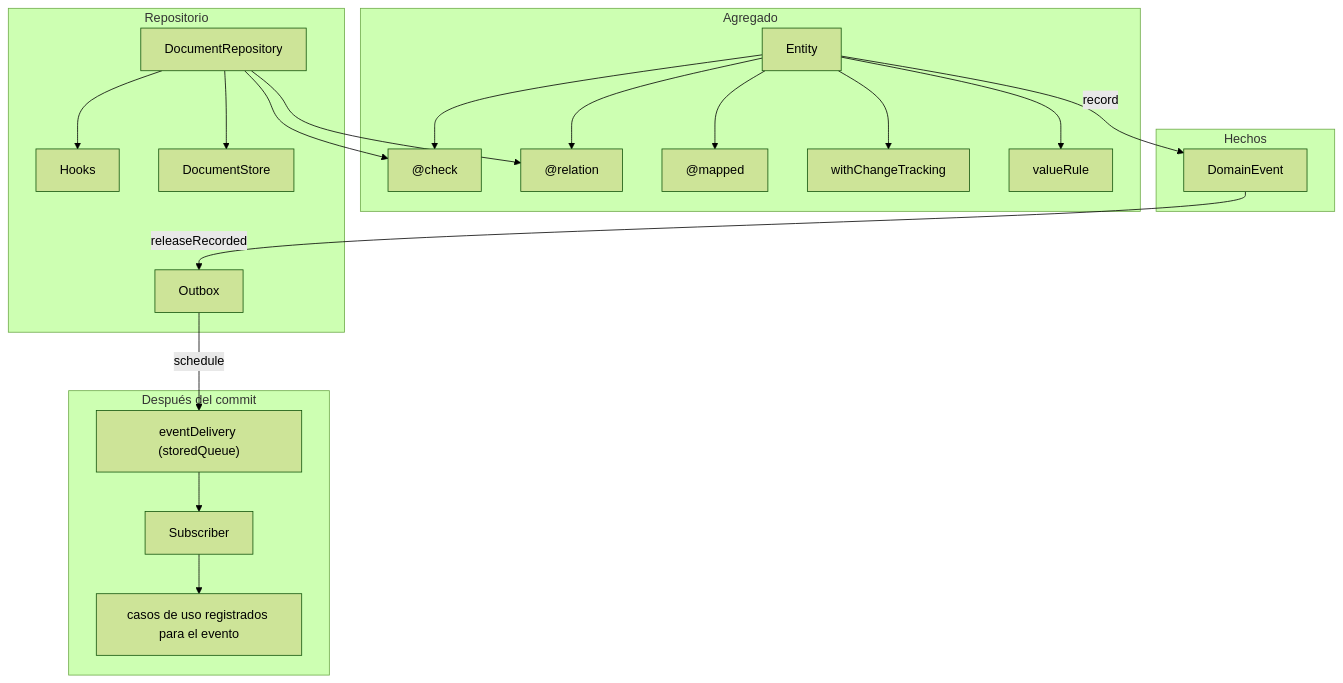
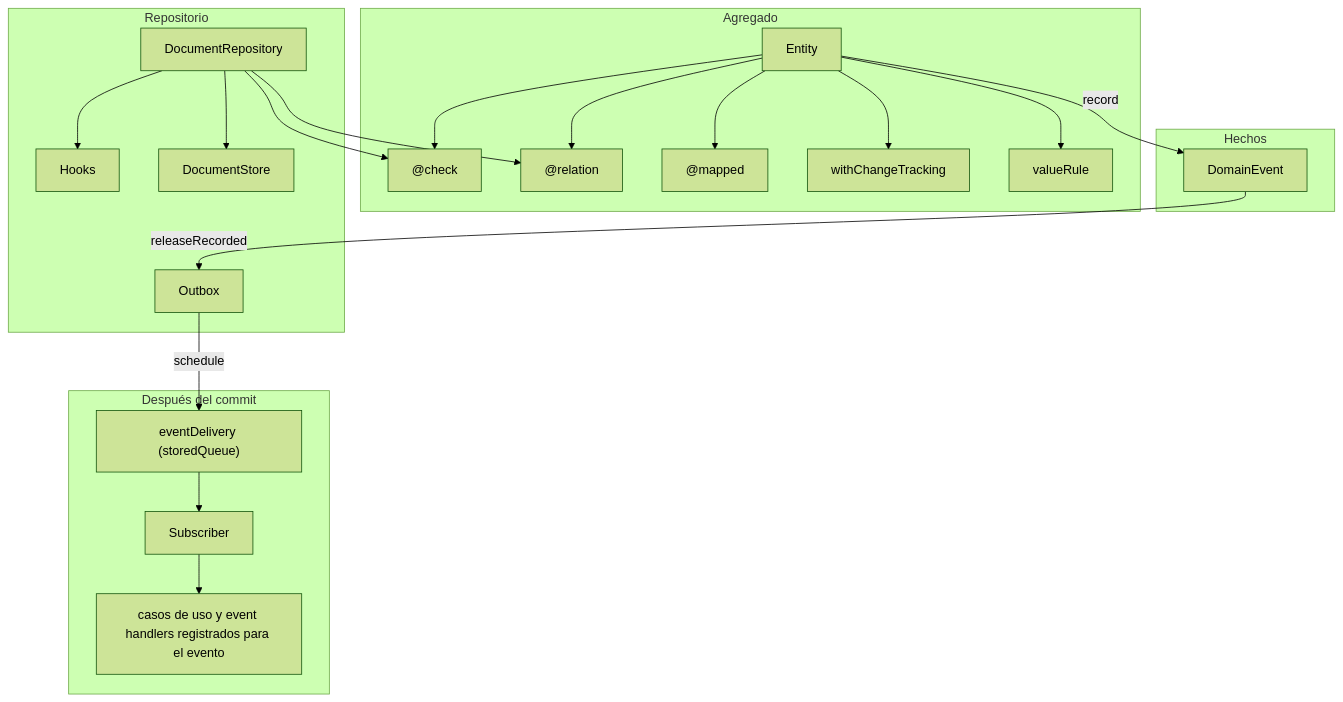
The first of 3 diagrams in docs/architecture-aggregate.md (Sincpro-SRL/sincpro_mobile), drawn with Mermaid (forest theme) before and after one commit. The commit also changed other lines of this file and 23 other files, not shown here.

First line of the commit message:
feat(#65): the core's subscribers are back, as event handlers of commonBoundedContext

````diff
--- a/docs/architecture-aggregate.md
+++ b/docs/architecture-aggregate.md
@@ -30,43 +30,43 @@
 ```mermaid
 flowchart TB
   subgraph agregado [Agregado]
     entity[Entity]
     checks["@check"]
     relation["@relation"]
     mapped["@mapped"]
     tracked[withChangeTracking]
     values[valueRule]
   end
 
   subgraph hechos [Hechos]
     domainEvent[DomainEvent]
   end
 
   subgraph puerto [Repositorio]
     hooks[Hooks]
     repo[DocumentRepository]
     store[DocumentStore]
     outbox[Outbox]
   end
 
   subgraph despues [Después del commit]
     queue["eventDelivery (storedQueue)"]
     subscriber[Subscriber]
-    useCase["casos de uso registrados para el evento"]
+    useCase["casos de uso y event handlers registrados para el evento"]
   end
 
   entity --> checks
   entity --> relation
   entity --> mapped
   entity --> tracked
   entity --> values
   entity -->|record| domainEvent
   repo --> hooks
   repo --> checks
   repo --> relation
   repo --> store
   domainEvent -->|releaseRecorded| outbox
   outbox -->|schedule| queue
   queue --> subscriber
   subscriber --> useCase
 ```
````
